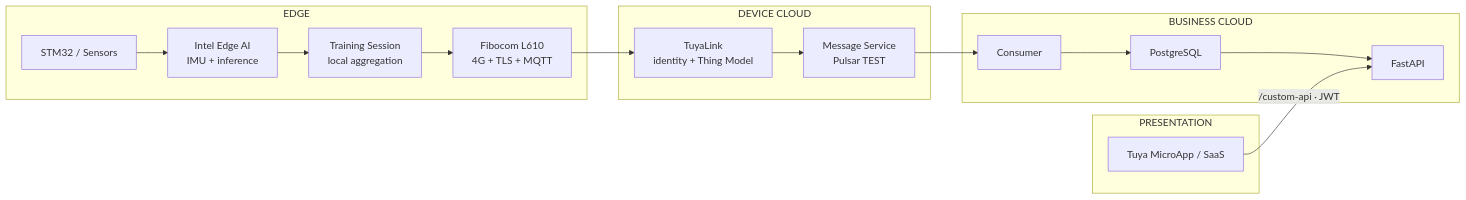
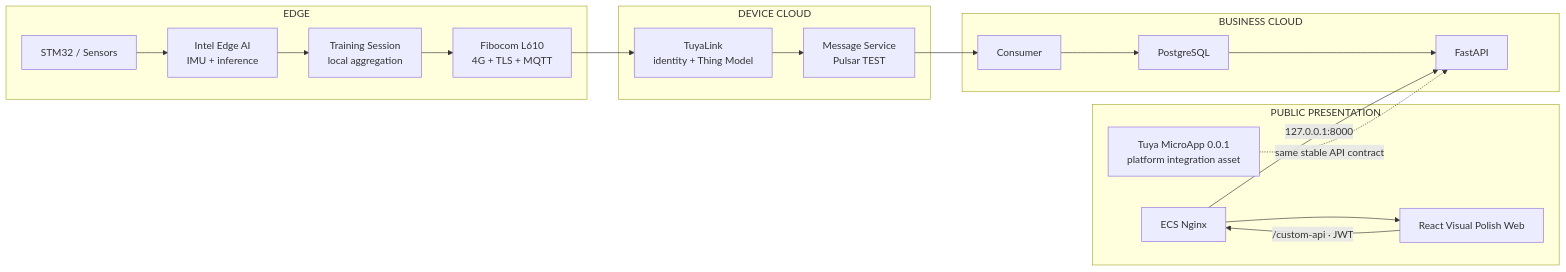
Before and after one commit to smdi000/loT: the diagram in docs/architecture/FINAL_SYSTEM_ARCHITECTURE.md, drawn with Mermaid. The commit also changed other lines of this file and 18 other files, not shown here.

Commit message:
docs/deploy: sync public competition web handoff

````diff
--- a/docs/architecture/FINAL_SYSTEM_ARCHITECTURE.md
+++ b/docs/architecture/FINAL_SYSTEM_ARCHITECTURE.md
@@ -5,21 +5,24 @@
 ```mermaid
 flowchart LR
   subgraph EDGE["EDGE"]
     S["STM32 / Sensors"] --> I["Intel Edge AI\nIMU + inference"]
     I --> T["Training Session\nlocal aggregation"]
     T --> L["Fibocom L610\n4G + TLS + MQTT"]
   end
   subgraph TUYA["DEVICE CLOUD"]
     TL["TuyaLink\nidentity + Thing Model"] --> MS["Message Service\nPulsar TEST"]
   end
   subgraph BIZ["BUSINESS CLOUD"]
     C["Consumer"] --> DB["PostgreSQL"]
     DB --> API["FastAPI"]
   end
-  subgraph UI["PRESENTATION"]
-    SAAS["Tuya MicroApp / SaaS"]
+  subgraph UI["PUBLIC PRESENTATION"]
+    N["ECS Nginx"] --> WEB["React Visual Polish Web"]
+    MICRO["Tuya MicroApp 0.0.1\nplatform integration asset"]
   end
   L --> TL
   MS --> C
-  SAAS -->|"/custom-api · JWT"| API
+  WEB -->|"/custom-api · JWT"| N
+  N -->|"127.0.0.1:8000"| API
+  MICRO -.->|"same stable API contract"| API
 ```
````
